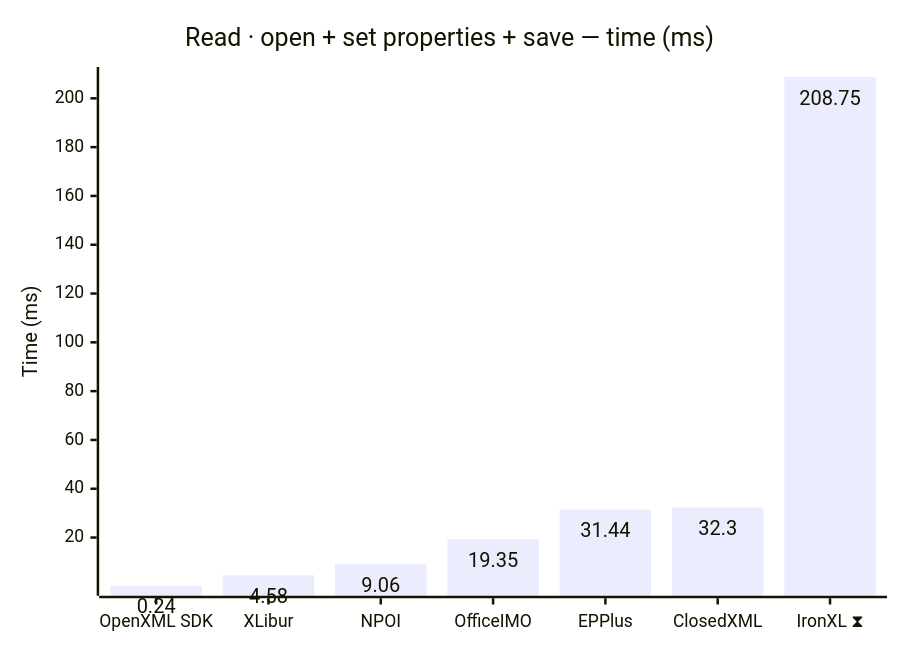
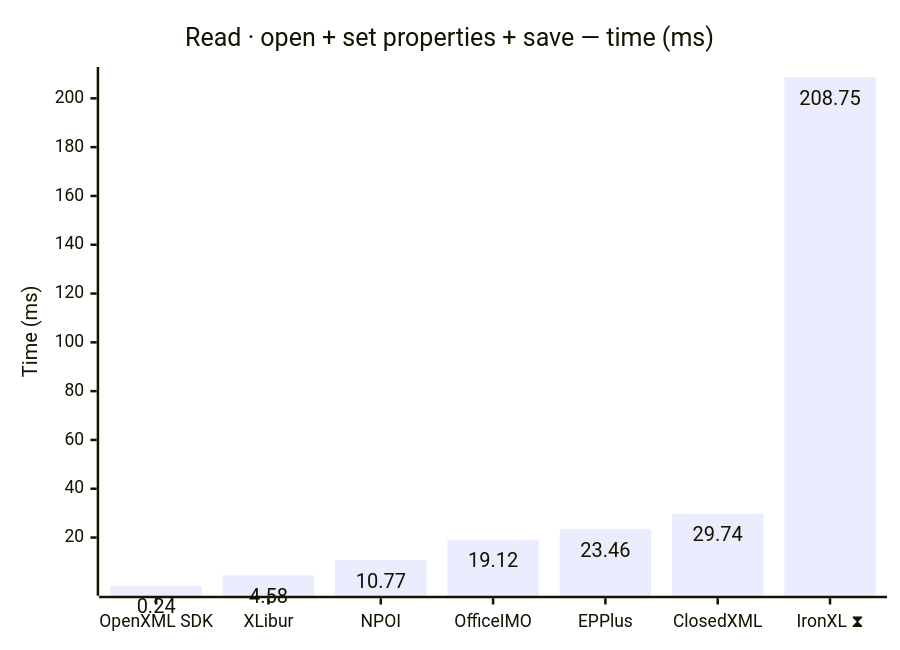
The first of 12 diagrams in docs/results-ci.md (jafin/XLBench), drawn with Mermaid before and after one commit. The commit also changed other lines of this file, not shown here.

````diff
--- a/docs/results-ci.md
+++ b/docs/results-ci.md
@@ -43,12 +43,12 @@
 ```mermaid
 ---
 config:
   xyChart:
     showDataLabel: true
 ---
 xychart-beta
     title "Read · open + set properties + save — time (ms)"
     x-axis ["OpenXML SDK", "XLibur", "NPOI", "OfficeIMO", "EPPlus", "ClosedXML", "IronXL ⧗"]
     y-axis "Time (ms)"
-    bar [0.24, 4.58, 9.06, 19.35, 31.44, 32.3, 208.75]
+    bar [0.24, 4.58, 10.77, 19.12, 23.46, 29.74, 208.75]
 ```
````
